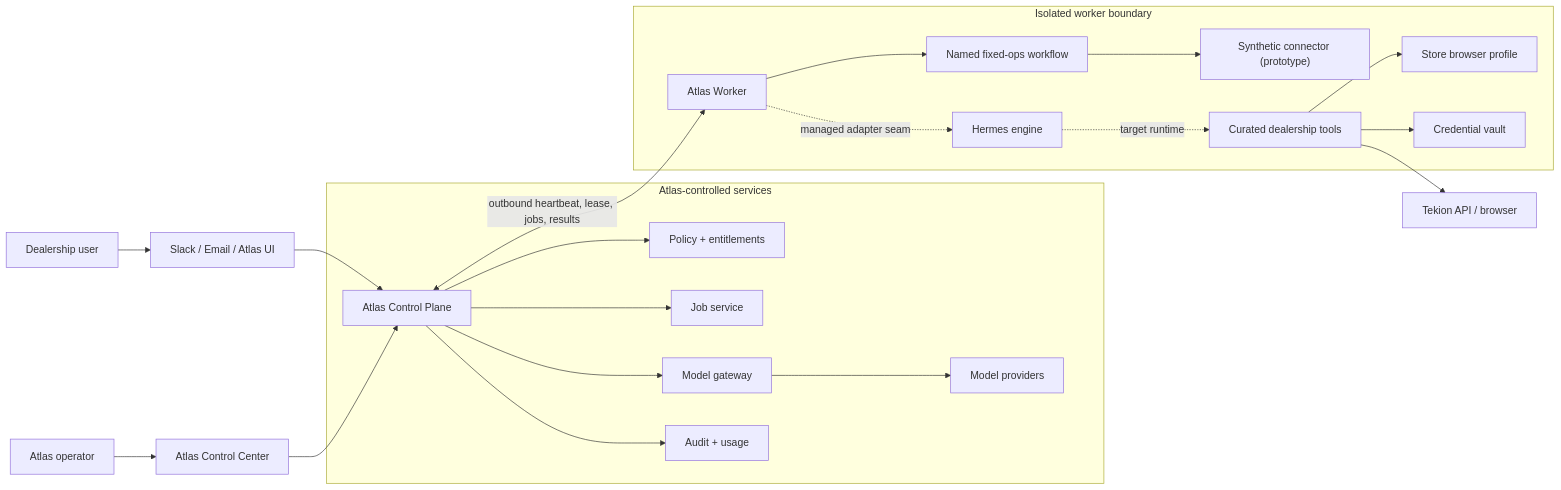
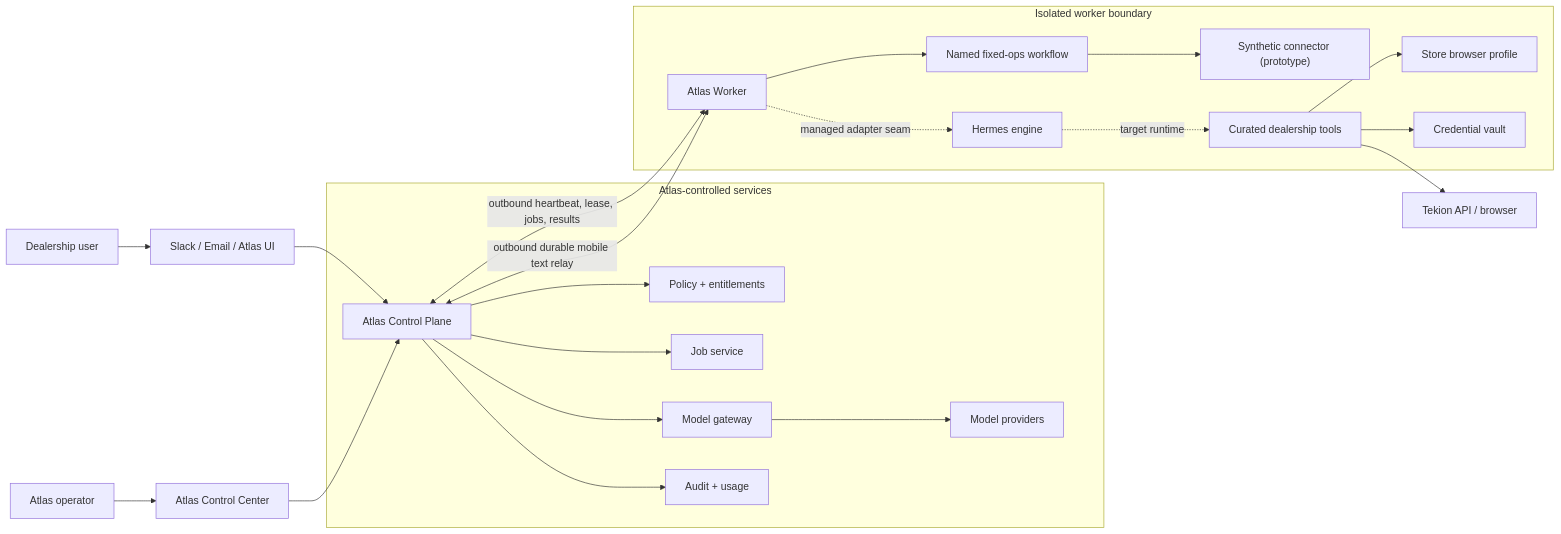
Before and after one commit to Seomzo/atlas-platform-experiments: the first of 3 diagrams in docs/altas/ARCHITECTURE.md, drawn with Mermaid. The commit also changed other lines of this file and 15 other files, not shown here.

Commit message:
feat(altas): add durable mobile text relay

````diff
--- a/docs/altas/ARCHITECTURE.md
+++ b/docs/altas/ARCHITECTURE.md
@@ -15,27 +15,28 @@
 ```mermaid
 flowchart LR
     U["Dealership user"] --> C["Slack / Email / Atlas UI"]
     O["Atlas operator"] --> CC["Atlas Control Center"]
     C --> CP["Atlas Control Plane"]
     CC --> CP
 
     subgraph Cloud["Atlas-controlled services"]
       CP --> P["Policy + entitlements"]
       CP --> J["Job service"]
       CP --> M["Model gateway"]
       CP --> A["Audit + usage"]
       M --> MP["Model providers"]
     end
 
     subgraph Store["Isolated worker boundary"]
       W["Atlas Worker"] --> F["Named fixed-ops workflow"]
       F --> X["Synthetic connector (prototype)"]
       W -. "managed adapter seam" .-> E["Hermes engine"]
       E -. "target runtime" .-> T["Curated dealership tools"]
       T --> B["Store browser profile"]
       T --> V["Credential vault"]
     end
 
     CP <-->|"outbound heartbeat, lease, jobs, results"| W
+    CP <-->|"outbound durable mobile text relay"| W
     T --> TK["Tekion API / browser"]
 ```
````
